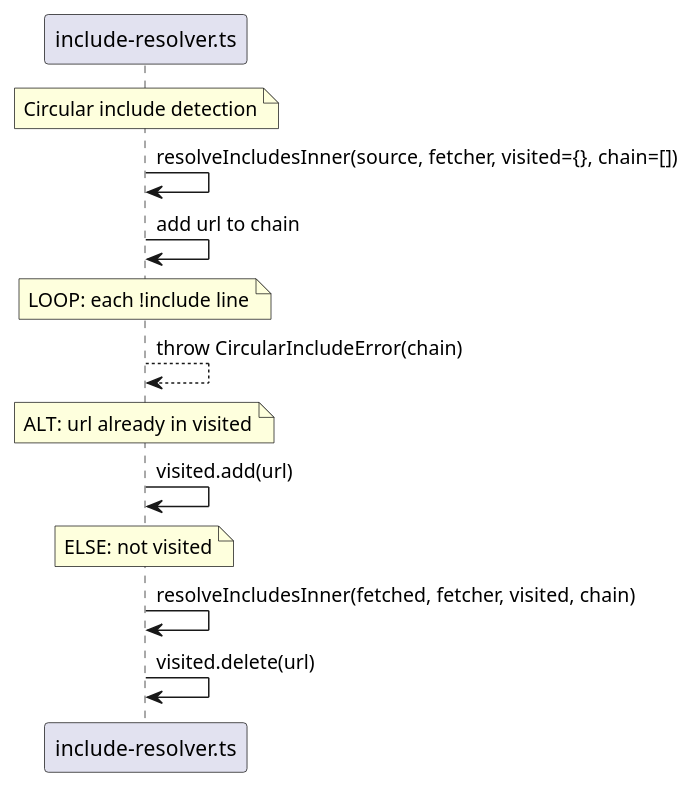
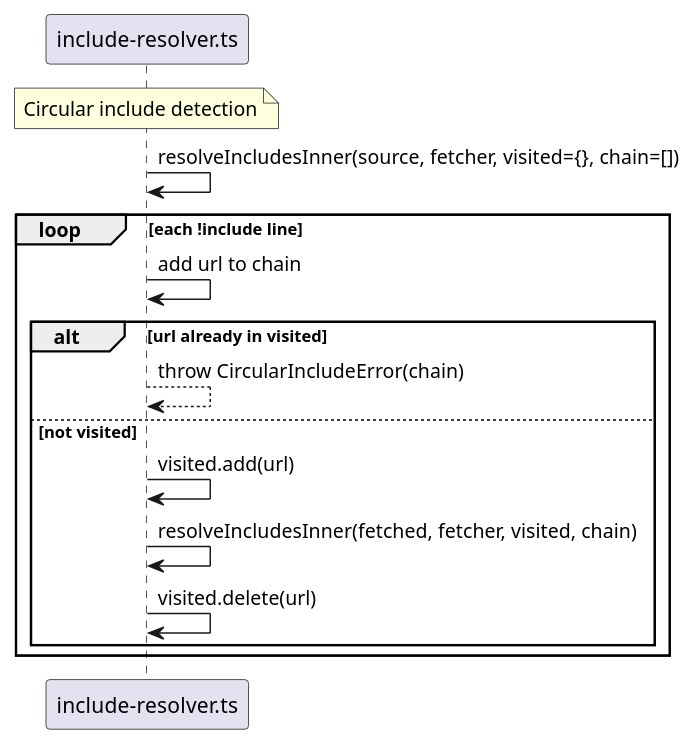
One commit to knowvah/plantuml-ts changed the third of 3 diagrams in plans/preprocessor/diagrams/data-flow.md. Above: the diagram before and after it, drawn with PlantUML. The commit also changed other lines of this file and 13 other files, not shown here.

First line of the commit message:
docs: restore real alt/else/loop grouping in the converted diagrams

````diff
--- a/plans/preprocessor/diagrams/data-flow.md
+++ b/plans/preprocessor/diagrams/data-flow.md
@@ -49,18 +47,17 @@
 ```plantuml
 @startuml
-' NOTE: mermaid grouping flattened -- alt/opt/loop/group render the whole
-' diagram EMPTY in plantuml-ts today (.agent-notes/plantuml-sequence-group-empty.md).
-' Original nesting: loop each !include line ; alt url already in visited ; else not visited
 participant "include-resolver.ts" as resolver
 note over resolver : Circular include detection
 resolver -> resolver : resolveIncludesInner(source, fetcher, visited={}, chain=[])
-resolver -> resolver : add url to chain
-note over resolver : LOOP: each !include line
-resolver --> resolver : throw CircularIncludeError(chain)
-note over resolver : ALT: url already in visited
-resolver -> resolver : visited.add(url)
-note over resolver : ELSE: not visited
-resolver -> resolver : resolveIncludesInner(fetched, fetcher, visited, chain)
-resolver -> resolver : visited.delete(url)
+loop each !include line
+  resolver -> resolver : add url to chain
+  alt url already in visited
+    resolver --> resolver : throw CircularIncludeError(chain)
+  else not visited
+    resolver -> resolver : visited.add(url)
+    resolver -> resolver : resolveIncludesInner(fetched, fetcher, visited, chain)
+    resolver -> resolver : visited.delete(url)
+  end
+end
 @enduml
 ```
````
